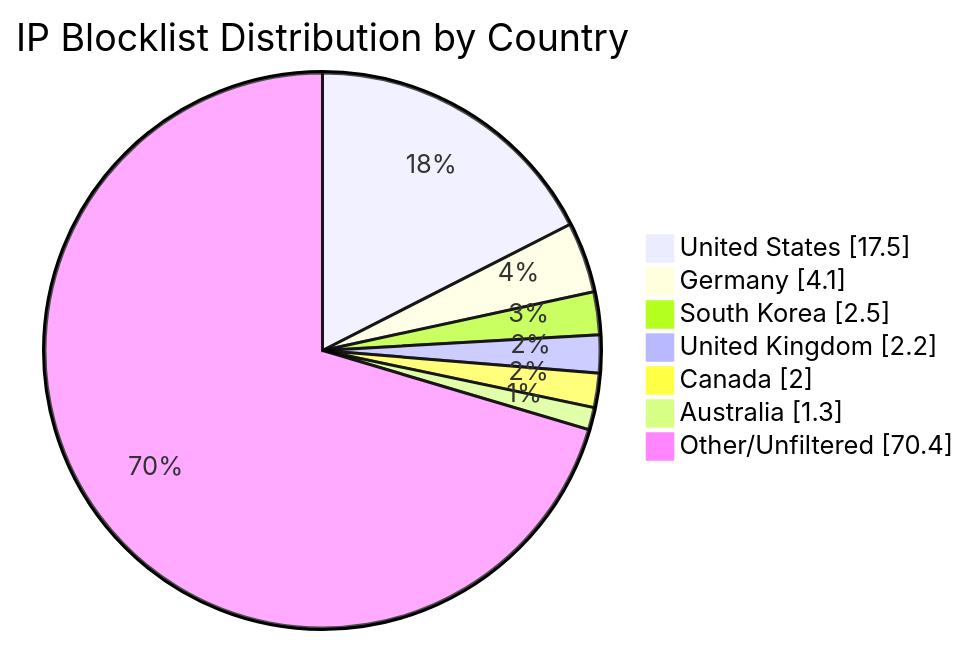
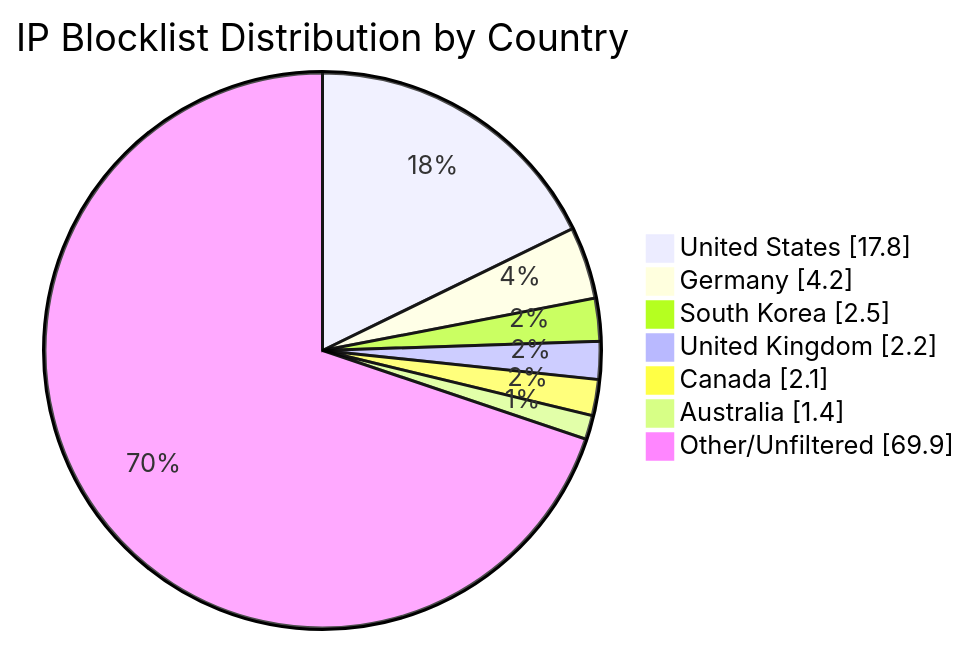
The diagram in README.md (MarcusHoltz/ipblocklist-geofiltered-aggregator), drawn with Mermaid before and after one commit. The commit also changed other lines of this file and 9 other files, not shown here.

````diff
--- a/README.md
+++ b/README.md
@@ -34,10 +34,10 @@
 ```mermaid
 pie showData title IP Blocklist Distribution by Country
-"United States" : 17.5
-"Germany" : 4.1
+"United States" : 17.8
+"Germany" : 4.2
 "South Korea" : 2.5
 "United Kingdom" : 2.2
-"Canada" : 2.0
-"Australia" : 1.3
-"Other/Unfiltered" : 70.4
+"Canada" : 2.1
+"Australia" : 1.4
+"Other/Unfiltered" : 69.9
 ```
````
